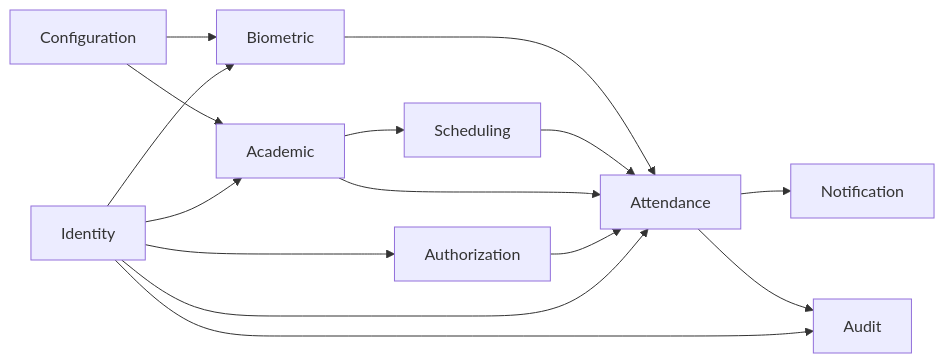
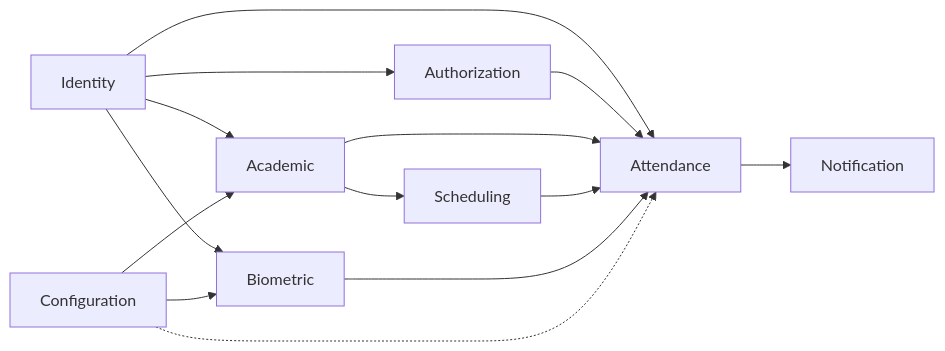
One commit to code-sena/fae-docs changed the diagram in 02-domain/domain-map.md. Above: the diagram before and after it, drawn with Mermaid. The commit also changed other lines of this file and 42 other files, not shown here.

````diff
--- a/02-domain/domain-map.md
+++ b/02-domain/domain-map.md
@@ -411,17 +378,16 @@
 ```mermaid
 graph LR
     Identity --> Authorization
     Identity --> Academic
     Identity --> Attendance
     Identity --> Biometric
-    Identity --> Audit
     Authorization --> Attendance
     Academic --> Scheduling
     Academic --> Attendance
     Scheduling --> Attendance
     Biometric --> Attendance
     Attendance --> Notification
-    Attendance --> Audit
     Configuration --> Academic
     Configuration --> Biometric
+    Configuration -.-> Attendance
 ```
````
